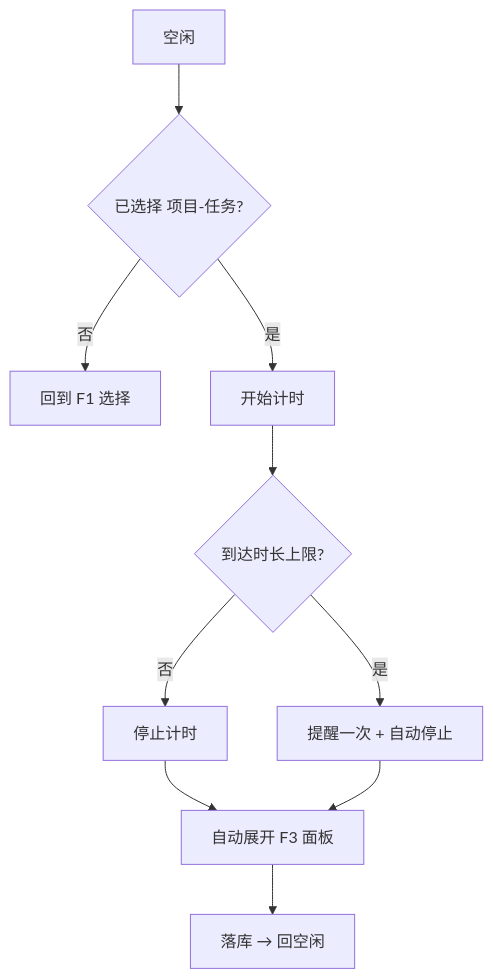
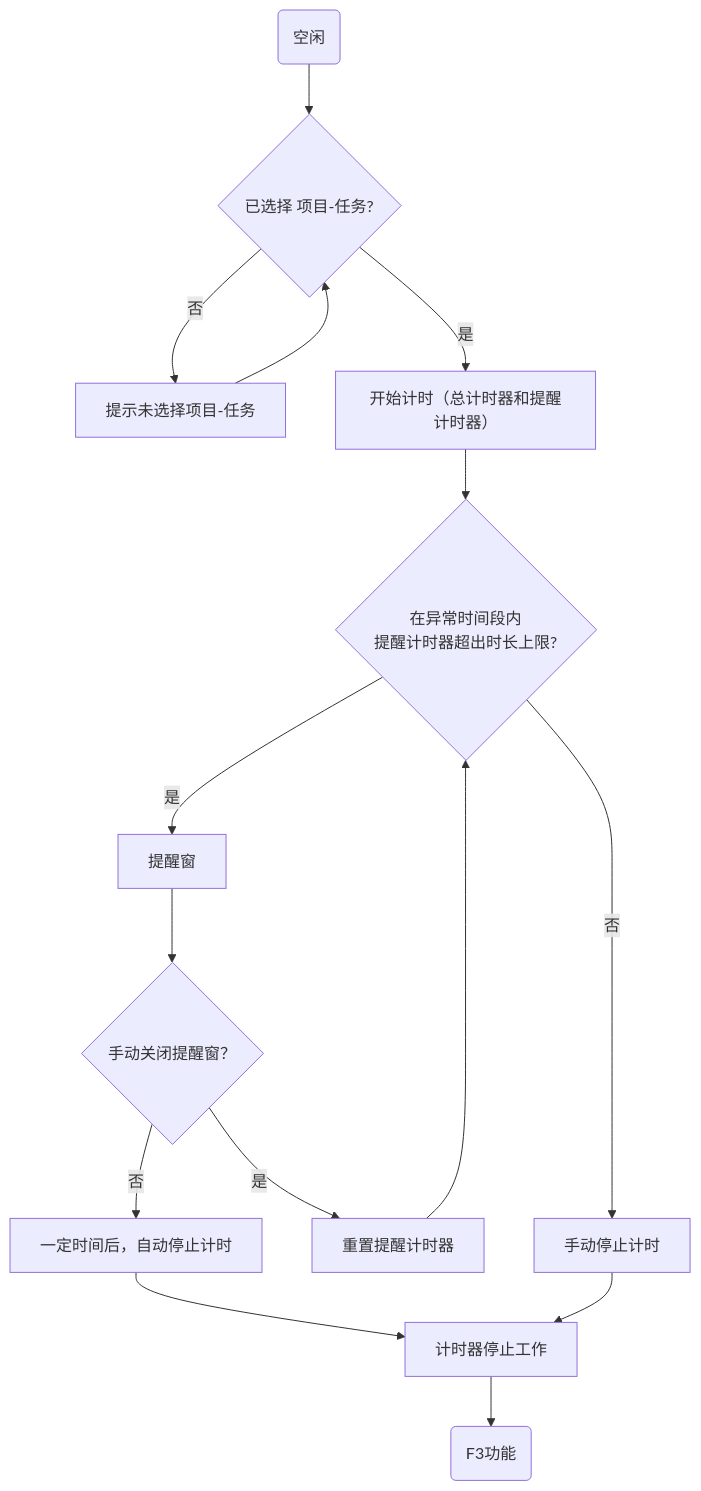
Before and after one commit to YangYuhua122121/WorkLog: the second of 5 diagrams in worklog-PRD文档.md, drawn with Mermaid. The commit also changed other lines of this file and 3 other files, not shown here.

````diff
--- a/worklog-PRD文档.md
+++ b/worklog-PRD文档.md
@@ -260,12 +209,15 @@
 ```mermaid
 flowchart TD
-    A[空闲] --> B{已选择 项目-任务?}
-    B -- 否 --> C[回到 F1 选择]
-    B -- 是 --> D[开始计时]
-    D --> E{到达时长上限?}
-    E -- 否 --> F[停止计时]
-    E -- 是 --> G[提醒一次 + 自动停止]
-    F --> H[自动展开 F3 面板]
-    G --> H
-    H --> I[落库 → 回空闲]
+    A(空闲) --> B{已选择 项目-任务?}
+    B -- 否 --> C[提示未选择项目-任务] --> B
+    B -- 是 --> D[开始计时（总计时器和提醒计时器）]
+    D --> E{在异常时间段内
+    提醒计时器超出时长上限?}
+    E -- 否 --> F[手动停止计时]
+    E -- 是 --> G[提醒窗]
+    G --> J{手动关闭提醒窗？}
+    J --是--> K[重置提醒计时器] --> E
+    J --否--> L[一定时间后，自动停止计时] --> H
+    F --> H[计时器停止工作]
+    H --> I(F3功能)
 ```
````
